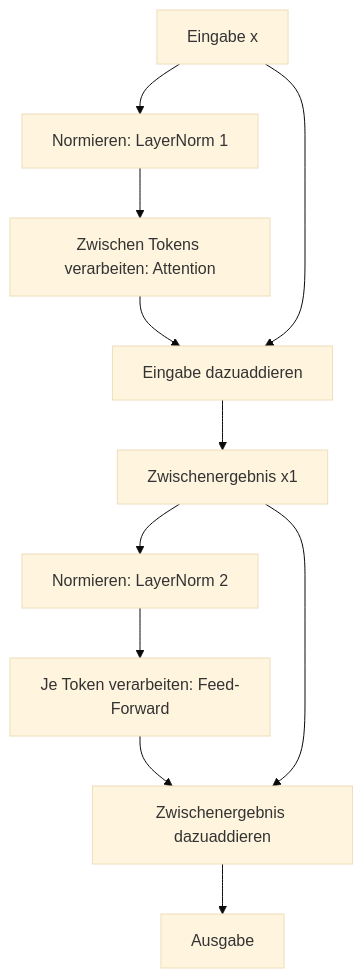
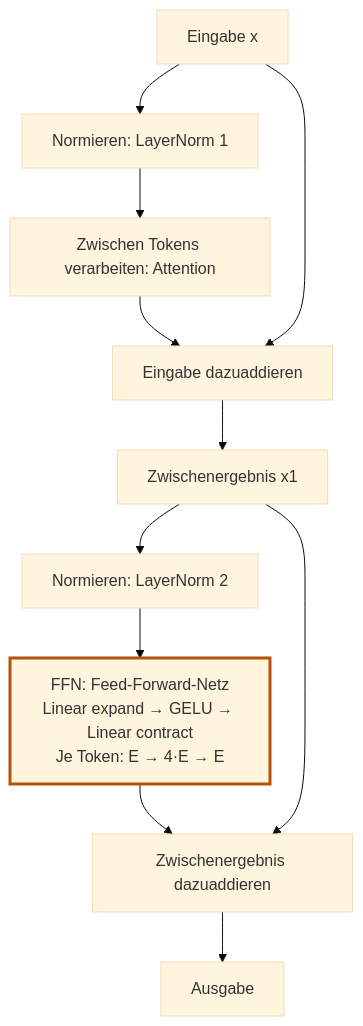
Before and after one commit to zuegi/rusty-mind-llm: the diagram in book/src/kapitel/06-transformer-block.md, drawn with Mermaid (base theme). The commit also changed other lines of this file and 2 other files, not shown here.

Commit message:
docs: clarify the role and processing steps of the Feed-Forward network

````diff
--- a/book/src/kapitel/06-transformer-block.md
+++ b/book/src/kapitel/06-transformer-block.md
@@ -22,13 +22,14 @@
 ```mermaid
 flowchart TD
     x["Eingabe x"] --> n1["Normieren: LayerNorm 1"]
     n1 --> a["Zwischen Tokens verarbeiten: Attention"]
     a --> add1["Eingabe dazuaddieren"]
     x --> add1
     add1 --> x1["Zwischenergebnis x1"]
     x1 --> n2["Normieren: LayerNorm 2"]
-    n2 --> f["Je Token verarbeiten: Feed-Forward"]
+    n2 --> f["FFN: Feed-Forward-Netz<br/>Linear expand → GELU → Linear contract<br/>Je Token: E → 4·E → E"]
     f --> add2["Zwischenergebnis dazuaddieren"]
     x1 --> add2
     add2 --> y["Ausgabe"]
+    style f stroke:#b45309,stroke-width:3px
 ```
````
